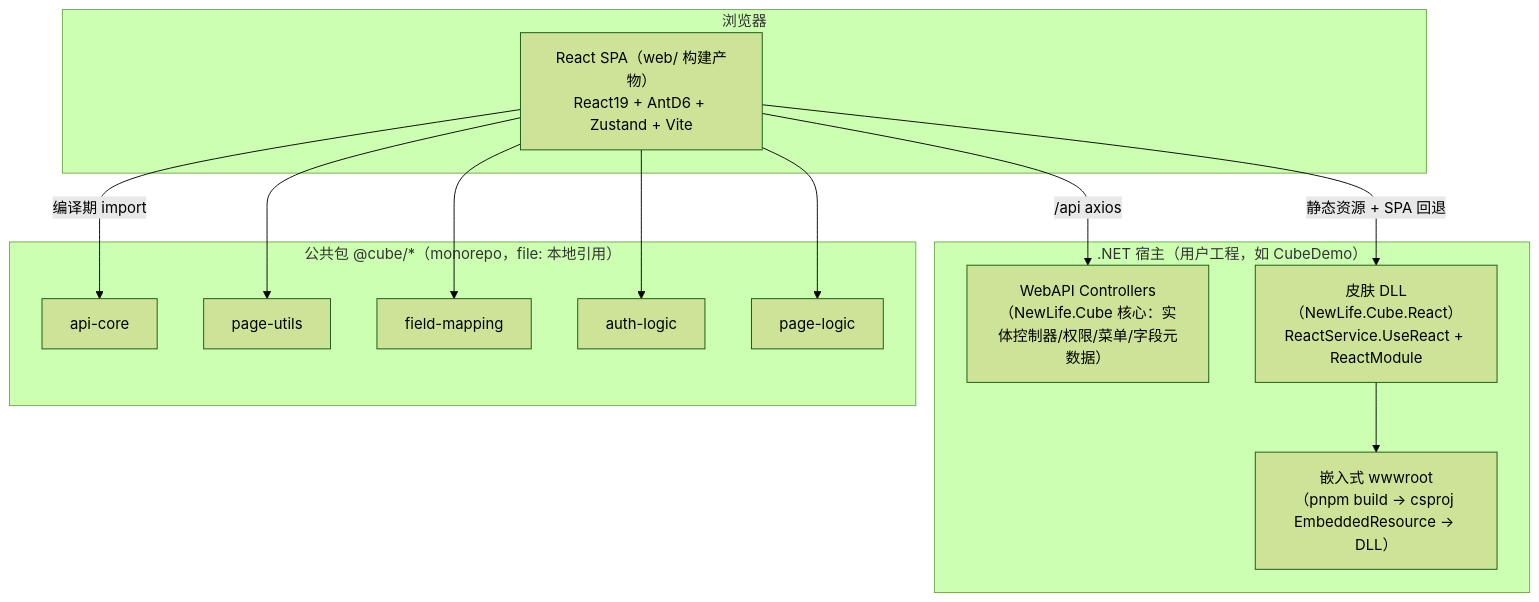
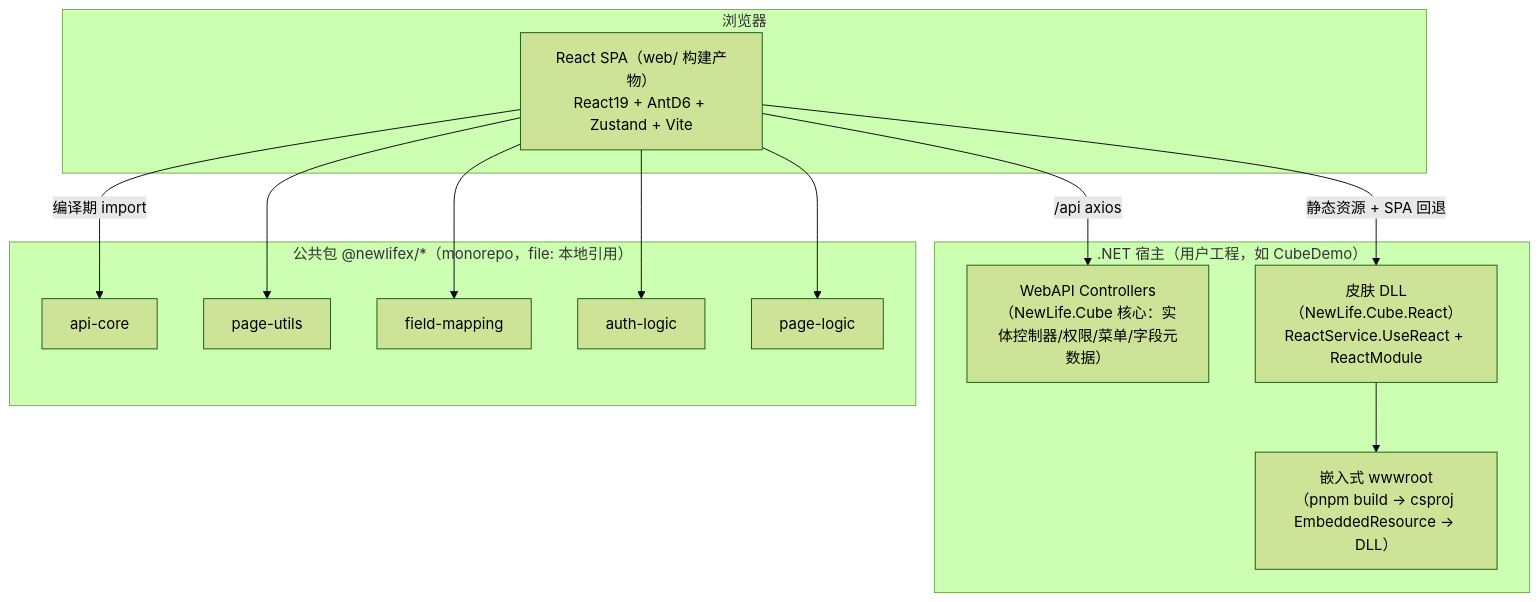
The first of 2 diagrams in Doc/架构设计.md (NewLifeX/NewLife.Cube.React), drawn with Mermaid (forest theme) before and after one commit. The commit also changed other lines of this file and 32 other files, not shown here.

First line of the commit message:
公共包 @cube/* → @newlifex/* 改名跟随

````diff
--- a/Doc/架构设计.md
+++ b/Doc/架构设计.md
@@ -16,29 +16,29 @@
 ```mermaid
 flowchart TB
     subgraph 浏览器
         SPA["React SPA（web/ 构建产物）<br/>React19 + AntD6 + Zustand + Vite"]
     end
 
     subgraph ".NET 宿主（用户工程，如 CubeDemo）"
         API["WebAPI Controllers<br/>（NewLife.Cube 核心：实体控制器/权限/菜单/字段元数据）"]
         SKIN["皮肤 DLL（NewLife.Cube.React）<br/>ReactService.UseReact + ReactModule"]
         EMBED["嵌入式 wwwroot<br/>（pnpm build → csproj EmbeddedResource → DLL）"]
     end
 
-    subgraph "公共包 @cube/*（monorepo，file: 本地引用）"
+    subgraph "公共包 @newlifex/*（monorepo，file: 本地引用）"
         P1["api-core"]
         P2["page-utils"]
         P3["field-mapping"]
         P4["auth-logic"]
         P5["page-logic"]
     end
 
     SPA -->|"/api  axios"| API
     SPA -->|"静态资源 + SPA 回退"| SKIN
     SKIN --> EMBED
     SPA -->|"编译期 import"| P1
     SPA --> P2
     SPA --> P3
     SPA --> P4
     SPA --> P5
 ```
````
